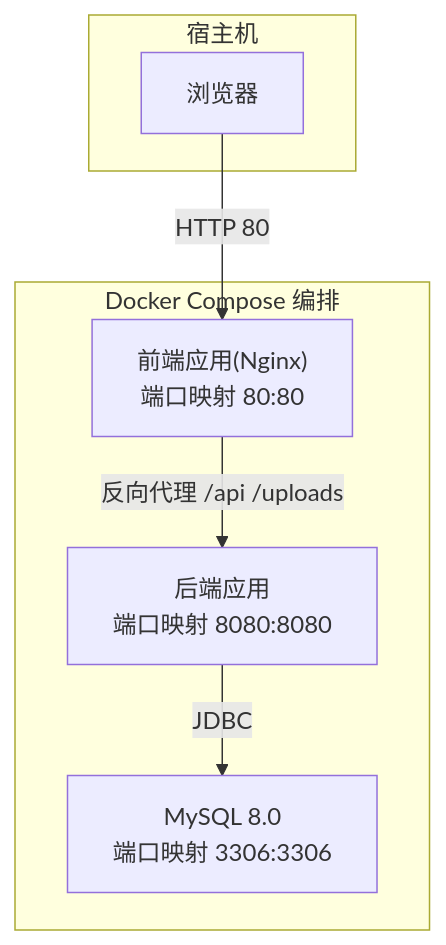
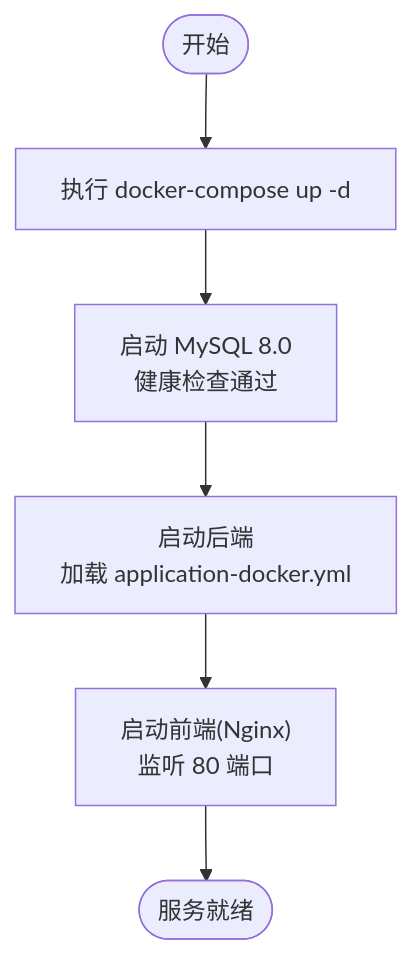
One commit to koala-xiong/communication-qoder changed the third of 3 diagrams in .qoder/repowiki/zh/content/快速开始.md. Above: the diagram before and after it, drawn with Mermaid. The commit also changed other lines of this file and 73 other files, not shown here.

````diff
--- a/.qoder/repowiki/zh/content/快速开始.md
+++ b/.qoder/repowiki/zh/content/快速开始.md
@@ -250,14 +206,8 @@
 ```mermaid
-graph TB
-subgraph "宿主机"
-U["浏览器"]
-end
-subgraph "Docker Compose 编排"
-M["MySQL 8.0<br/>端口映射 3306:3306"]
-B["后端应用<br/>端口映射 8080:8080"]
-F["前端应用(Nginx)<br/>端口映射 80:80"]
-end
-U --> |"HTTP 80"| F
-F --> |"反向代理 /api /uploads"| B
-B --> |"JDBC"| M
+flowchart TD
+Start(["开始"]) --> Compose["执行 docker-compose up -d"]
+Compose --> MySQL["启动 MySQL 8.0<br/>健康检查通过"]
+MySQL --> Backend["启动后端<br/>加载 application-docker.yml"]
+Backend --> Frontend["启动前端(Nginx)<br/>监听 80 端口"]
+Frontend --> Ready(["服务就绪"])
 ```
````
